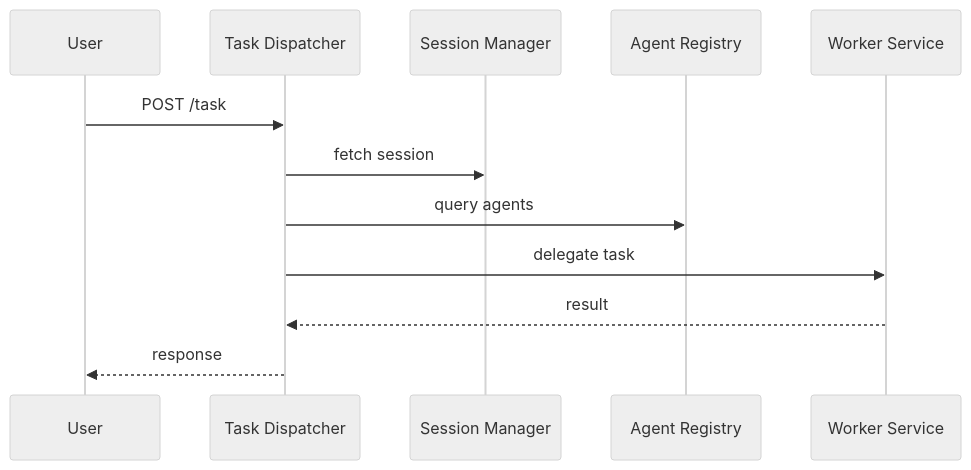
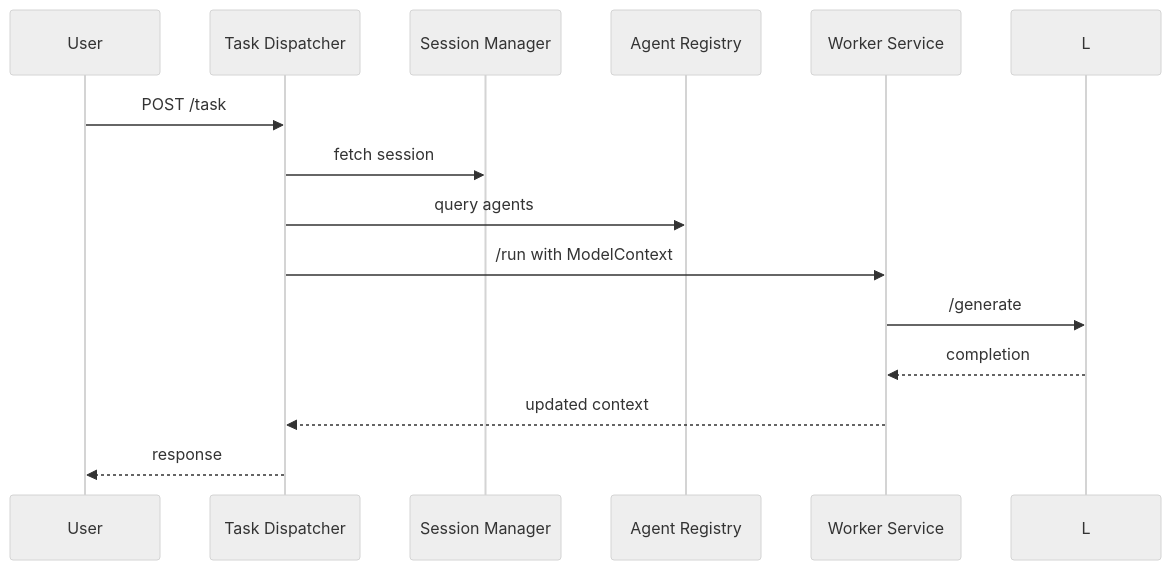
One commit to Modularium/Agent-NN changed the diagram in docs/architecture/mcp_dataflow.md. Above: the diagram before and after it, drawn with Mermaid (neutral theme). The commit also changed other lines of this file and 14 other files, not shown here.

````diff
--- a/docs/architecture/mcp_dataflow.md
+++ b/docs/architecture/mcp_dataflow.md
@@ -12,14 +12,16 @@
 ```mermaid
 sequenceDiagram
     participant U as User
     participant TD as Task Dispatcher
     participant SM as Session Manager
     participant AR as Agent Registry
     participant W as Worker Service
     U->>TD: POST /task
     TD->>SM: fetch session
     TD->>AR: query agents
-    TD->>W: delegate task
-    W-->>TD: result
+    TD->>W: /run with ModelContext
+    W->>L: /generate
+    L-->>W: completion
+    W-->>TD: updated context
     TD-->>U: response
 ```
````
